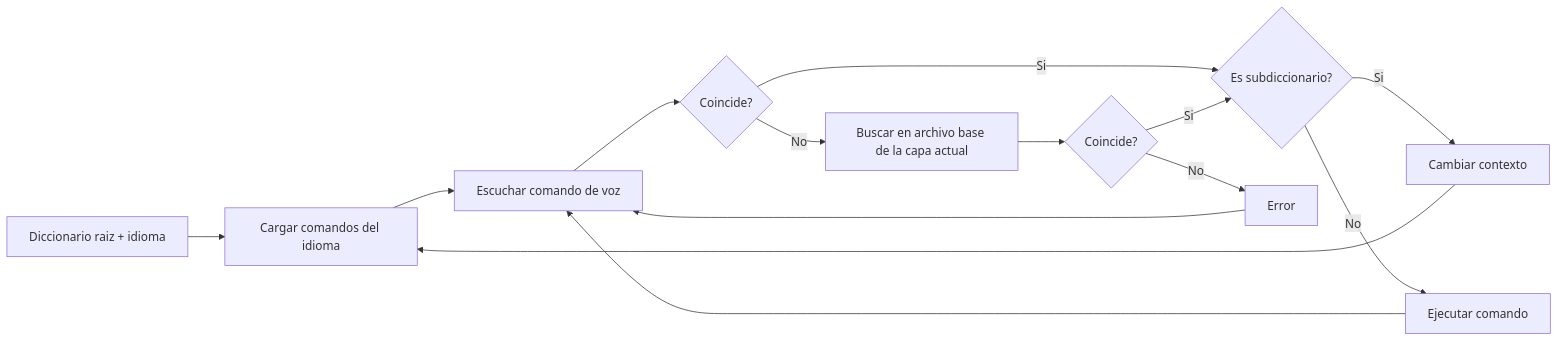
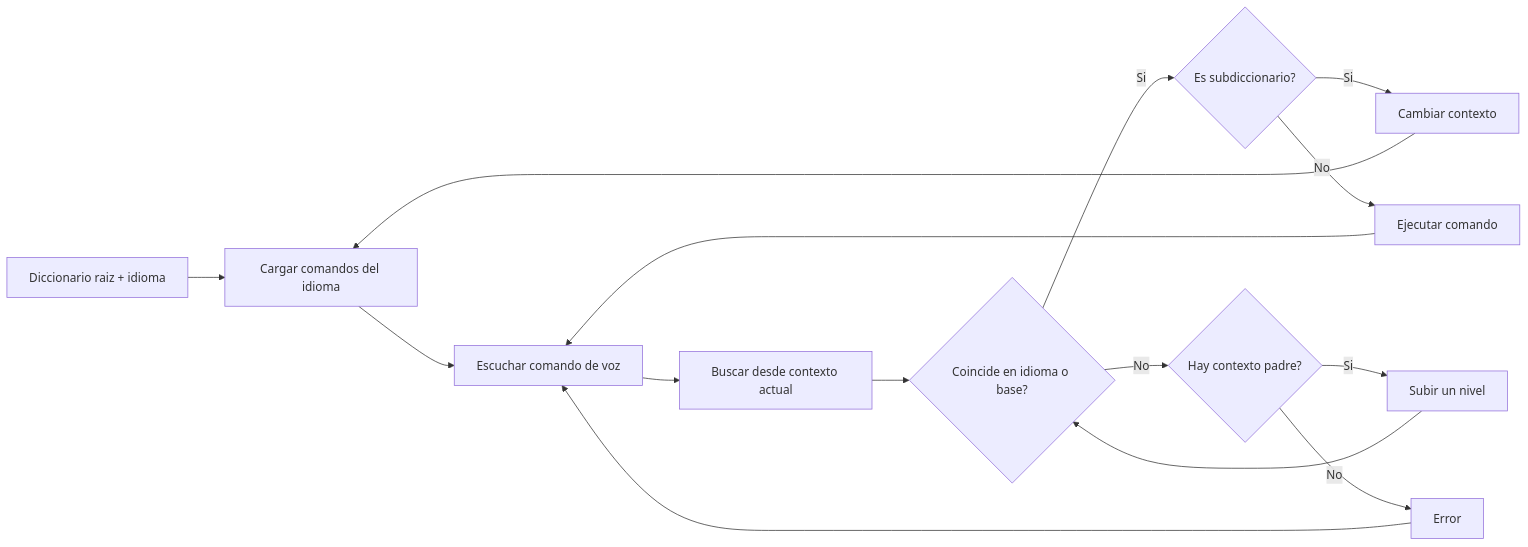
Before and after one commit to DAv-Project-Team-UADER/DAV: the second of 2 diagrams in Analisis Keychain y Dic/DiagramaFlujoKeychainDiccionario.md, drawn with Mermaid. The commit also changed other lines of this file, not shown here.

````diff
--- a/Analisis Keychain y Dic/DiagramaFlujoKeychainDiccionario.md
+++ b/Analisis Keychain y Dic/DiagramaFlujoKeychainDiccionario.md
@@ -64,16 +74,17 @@
 ```mermaid
 flowchart LR
     A[Diccionario raiz + idioma] --> B[Cargar comandos del idioma]
     B --> C[Escuchar comando de voz]
-    C --> D{Coincide?}
-    D -- Si --> E{Es subdiccionario?}
-    E -- Si --> F[Cambiar contexto]
-    F --> B
-    E -- No --> G[Ejecutar comando]
-    G --> C
-    D -- No --> H[Buscar en archivo base de la capa actual]
-    H --> I{Coincide?}
-    I -- Si --> E
-    I -- No --> J[Error]
-    J --> C
+    C --> D[Buscar desde contexto actual]
+    D --> E{Coincide en idioma o base?}
+    E -- Si --> F{Es subdiccionario?}
+    F -- Si --> G[Cambiar contexto]
+    G --> B
+    F -- No --> H[Ejecutar comando]
+    H --> C
+    E -- No --> I{Hay contexto padre?}
+    I -- Si --> J[Subir un nivel]
+    J --> E
+    I -- No --> K[Error]
+    K --> C
 ```
````
